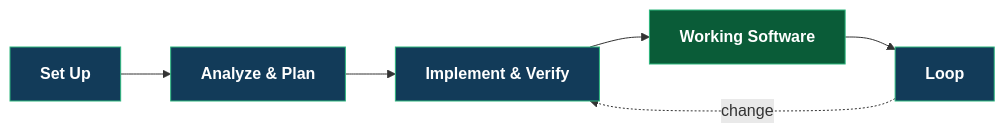
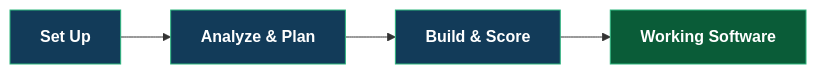
The first of 2 diagrams in docs/QUICK_START.md (webcloudstudio/Drydock), drawn with Mermaid before and after one commit. The commit also changed other lines of this file and 1 other file, not shown here.

````diff
--- a/docs/QUICK_START.md
+++ b/docs/QUICK_START.md
@@ -23,13 +19,11 @@
 ```mermaid
 flowchart LR
     S["Set Up"] --> A["Analyze & Plan"]
-    A --> I["Implement & Verify"]
+    A --> I["Build & Score"]
     I --> W["Working Software"]
-    W --> L["Loop"]
-    L -. change .-> I
 
     classDef phase fill:#123b59,stroke:#2cb67d,color:#fff,font-weight:bold
     classDef result fill:#0a5c38,stroke:#2cb67d,color:#fff,font-weight:bold
-    class S,A,I,L phase
+    class S,A,I phase
     class W result
 ```
````
